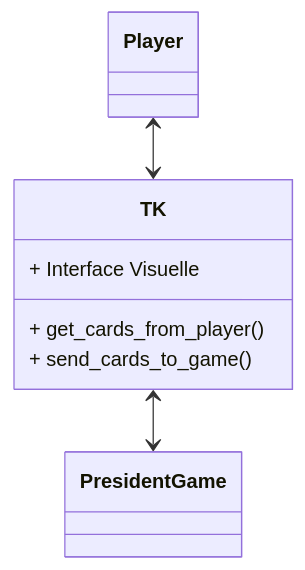
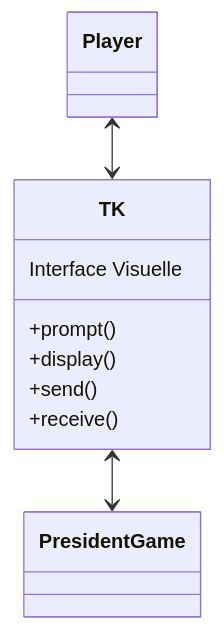
One commit to Mistayan/President-Game changed the fifth of 5 diagrams in README.md. Above: the diagram before and after it, drawn with Mermaid. The commit also changed other lines of this file, not shown here.

````diff
--- a/README.md
+++ b/README.md
@@ -137,12 +169,13 @@
 ```mermaid
 classDiagram
     Player <--> TK
     TK <--> PresidentGame
     class TK {
-    + Interface Visuelle
-    
-    + get_cards_from_player()
-    + send_cards_to_game()
+    Interface Visuelle
+    +prompt()
+    +display()
+    +send()
+    +receive()
     }
     
 ```
````
